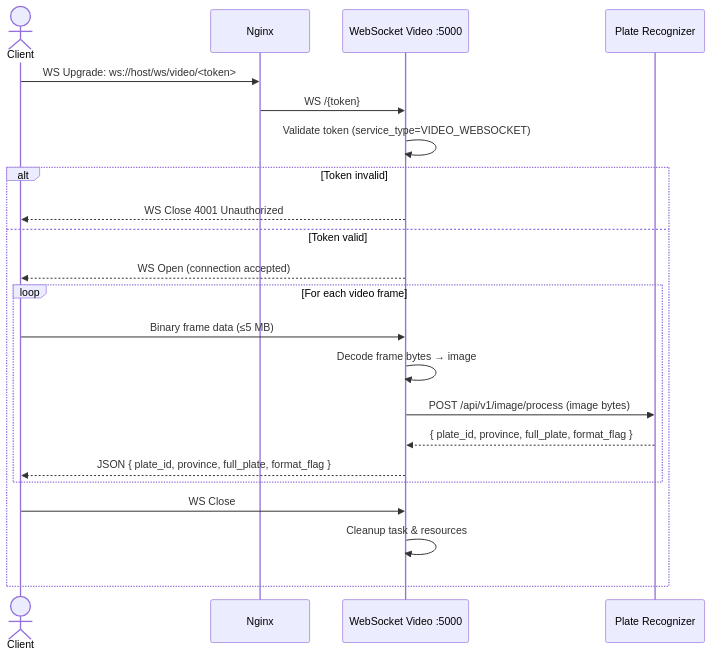
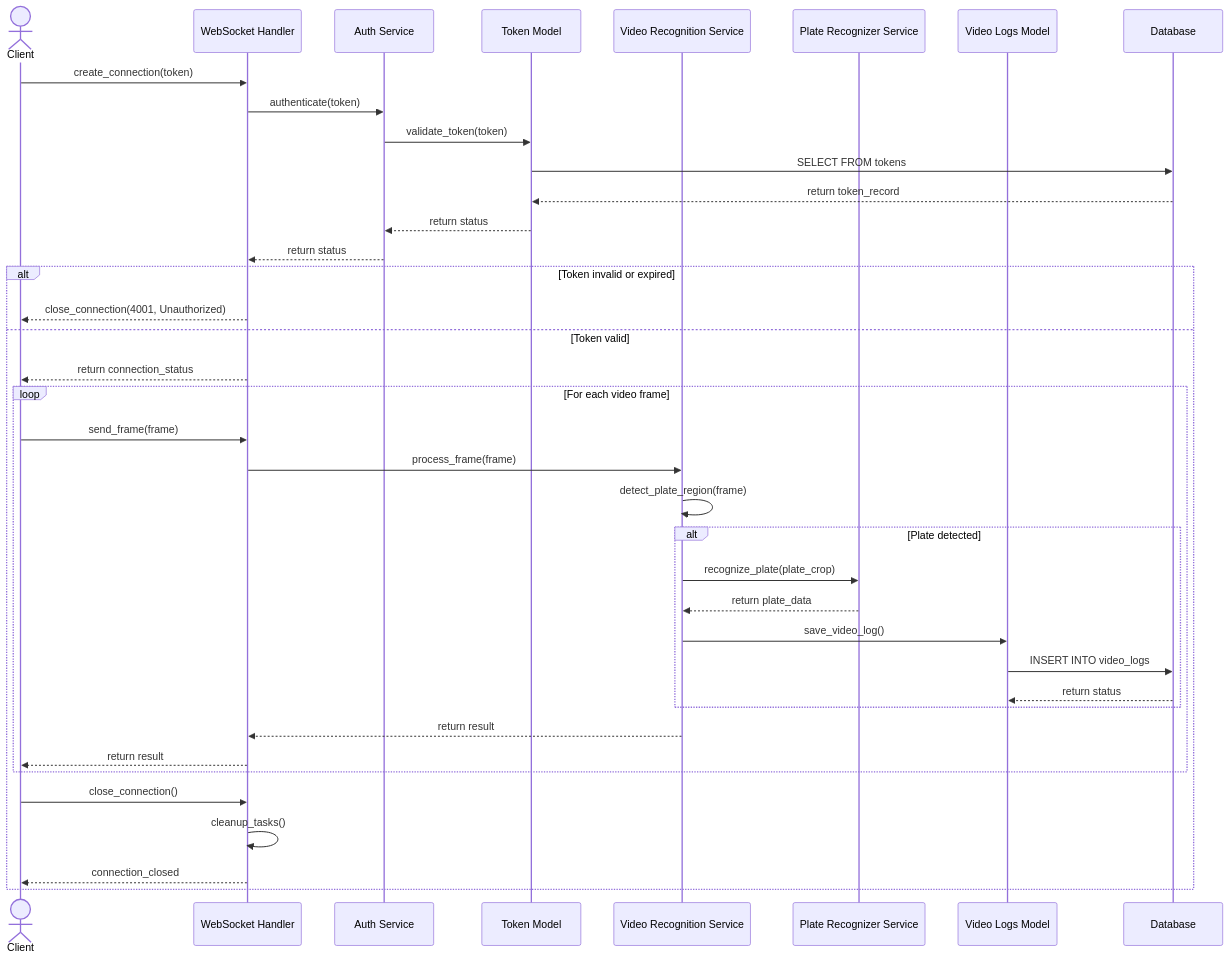
Before and after one commit to Tanaphat-Ken/ALPR-V2: the tenth of 18 diagrams in SYSTEM_DIAGRAMS.md, drawn with Mermaid. The commit also changed other lines of this file, not shown here.

First line of the commit message:
docs: rewrite SYSTEM_DIAGRAMS.md with component-level sequence diagrams

````diff
--- a/SYSTEM_DIAGRAMS.md
+++ b/SYSTEM_DIAGRAMS.md
@@ -230,28 +442,44 @@
 ```mermaid
 sequenceDiagram
     actor Client
-    participant Nginx
-    participant WSVid as WebSocket Video :5000
-    participant PR as Plate Recognizer
+    participant WSHandler as WebSocket Handler
+    participant AuthService as Auth Service
+    participant TokenModel as Token Model
+    participant VideoService as Video Recognition Service
+    participant PR as Plate Recognizer Service
+    participant VideoLogsModel as Video Logs Model
+    participant DB as Database
 
-    Client->>Nginx: WS Upgrade: ws://host/ws/video/<token>
-    Nginx->>WSVid: WS /{token}
+    Client->>WSHandler: create_connection(token)
+    WSHandler->>AuthService: authenticate(token)
+    AuthService->>TokenModel: validate_token(token)
+    TokenModel->>DB: SELECT FROM tokens
+    DB-->>TokenModel: return token_record
+    TokenModel-->>AuthService: return status
+    AuthService-->>WSHandler: return status
 
-    WSVid->>WSVid: Validate token (service_type=VIDEO_WEBSOCKET)
-    alt Token invalid
-        WSVid-->>Client: WS Close 4001 Unauthorized
+    alt Token invalid or expired
+        WSHandler-->>Client: close_connection(4001, Unauthorized)
     else Token valid
-        WSVid-->>Client: WS Open (connection accepted)
+        WSHandler-->>Client: return connection_status
 
         loop For each video frame
-            Client->>WSVid: Binary frame data (≤5 MB)
-            WSVid->>WSVid: Decode frame bytes → image
-            WSVid->>PR: POST /api/v1/image/process (image bytes)
-            PR-->>WSVid: { plate_id, province, full_plate, format_flag }
-            WSVid-->>Client: JSON { plate_id, province, full_plate, format_flag }
+            Client->>WSHandler: send_frame(frame)
+            WSHandler->>VideoService: process_frame(frame)
+            VideoService->>VideoService: detect_plate_region(frame)
+            alt Plate detected
+                VideoService->>PR: recognize_plate(plate_crop)
+                PR-->>VideoService: return plate_data
+                VideoService->>VideoLogsModel: save_video_log()
+                VideoLogsModel->>DB: INSERT INTO video_logs
+                DB-->>VideoLogsModel: return status
+            end
+            VideoService-->>WSHandler: return result
+            WSHandler-->>Client: return result
         end
 
-        Client->>WSVid: WS Close
-        WSVid->>WSVid: Cleanup task & resources
+        Client->>WSHandler: close_connection()
+        WSHandler->>WSHandler: cleanup_tasks()
+        WSHandler-->>Client: connection_closed
     end
 ```
````
